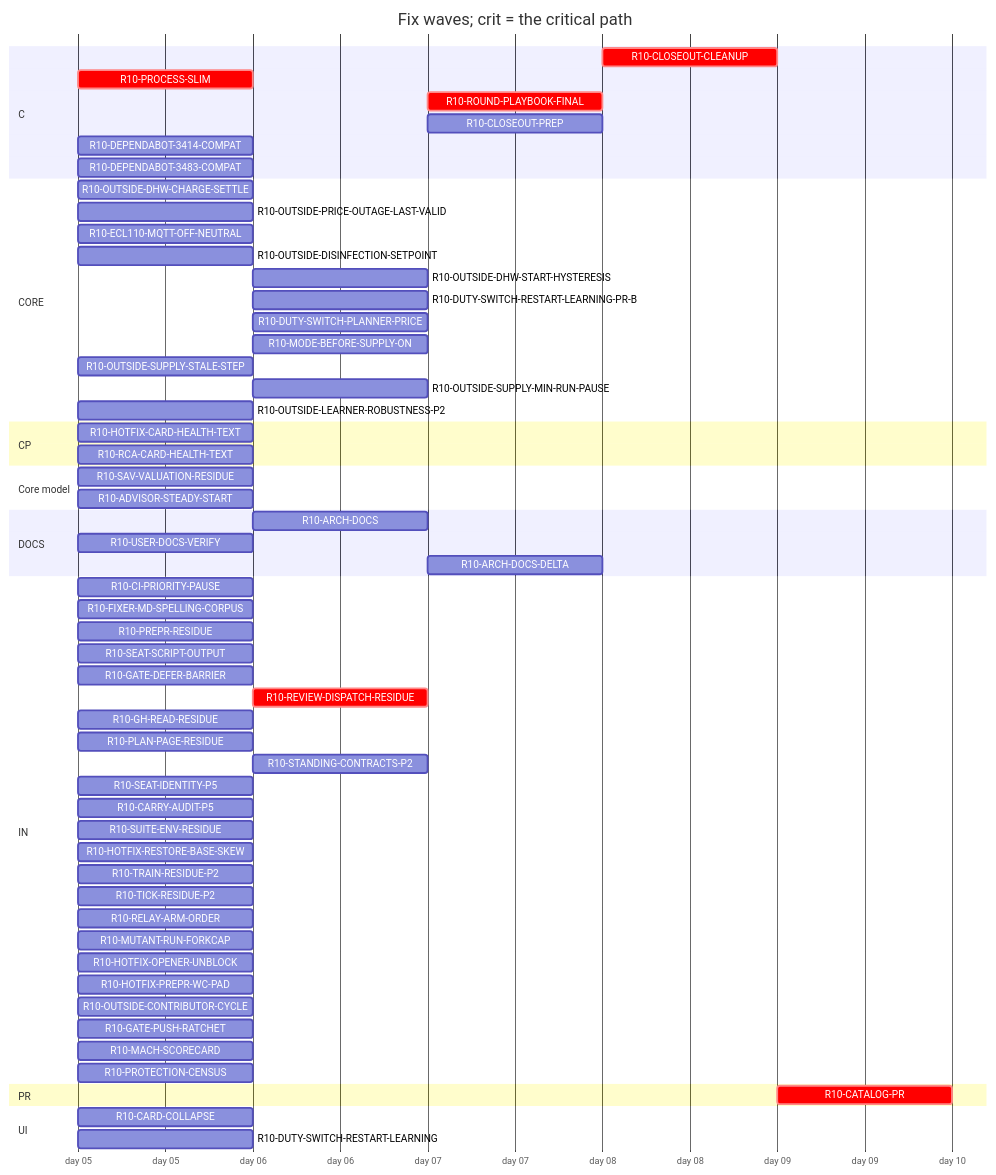
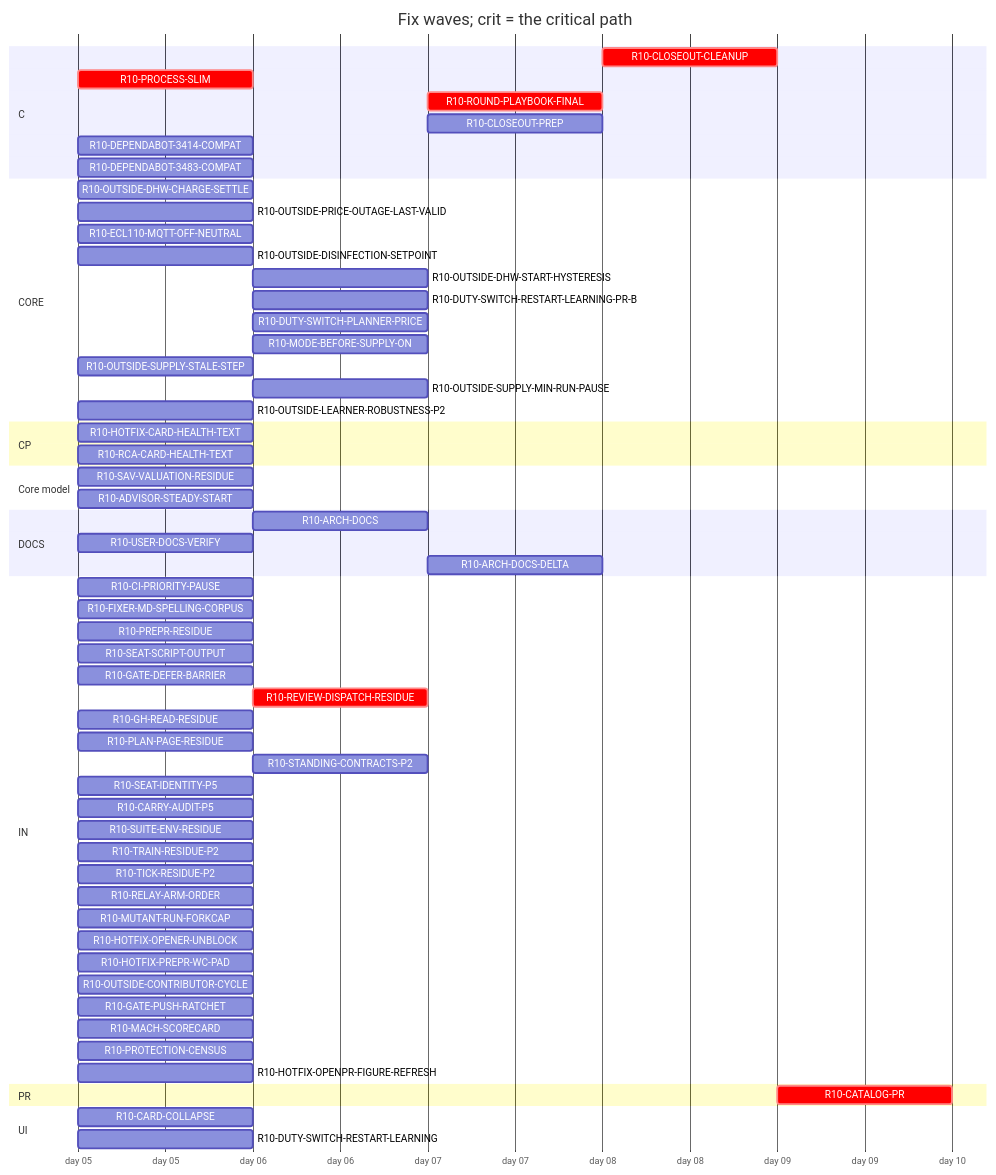
One commit to tvofi/heatpump_optimizer changed the diagram in handoff/round10/state/PLAN-TABLE.md. Above: the diagram before and after it, drawn with Mermaid. The commit also changed other lines of this file and 4 other files, not shown here.

Commit message:
state: FLOW-BOARD.md, NEXT-SESSION-PROMPT.md, PLAN-TABLE.md, PLAN.html, RESUME-CURRENT.md regenerated (state_docs.py)

````diff
--- a/handoff/round10/state/PLAN-TABLE.md
+++ b/handoff/round10/state/PLAN-TABLE.md
@@ -21,64 +21,64 @@
 ```mermaid
 gantt
   title Fix waves; crit = the critical path
   dateFormat YYYY-MM-DD
   axisFormat day %d
   section C
     R10-CLOSEOUT-CLEANUP :crit, r10CLOSEOUTCLEANUP, after r10ARCHDOCS r10USERDOCSVERIFY r10ROUNDPLAYBOOKFINAL r10CLOSEOUTPREP r10ARCHDOCSDELTA, 1d
     R10-PROCESS-SLIM :crit, r10PROCESSSLIM, 2026-01-05, 1d
     R10-ROUND-PLAYBOOK-FINAL :crit, r10ROUNDPLAYBOOKFINAL, after r10PROCESSSLIM r10FIXERMDSPELLINGCORPUS r10PREPRRESIDUE r10SEATSCRIPTOUTPUT r10REVIEWDISPATCHRESIDUE r10CARRYAUDITP5 r10SEATIDENTITYP5 r10STANDINGCONTRACTSP2 r10PLANPAGERESIDUE r10GHREADRESIDUE r10SUITEENVRESIDUE r10GATEDEFERBARRIER, 1d
     R10-CLOSEOUT-PREP :r10CLOSEOUTPREP, after r10ARCHDOCS r10PROCESSSLIM r10FIXERMDSPELLINGCORPUS r10PREPRRESIDUE r10SEATSCRIPTOUTPUT r10REVIEWDISPATCHRESIDUE r10CARRYAUDITP5 r10SEATIDENTITYP5 r10STANDINGCONTRACTSP2 r10PLANPAGERESIDUE r10GHREADRESIDUE r10SUITEENVRESIDUE r10GATEDEFERBARRIER, 1d
     R10-DEPENDABOT-3414-COMPAT :r10DEPENDABOT3414COMPAT, 2026-01-05, 1d
     R10-DEPENDABOT-3483-COMPAT :r10DEPENDABOT3483COMPAT, 2026-01-05, 1d
   section CORE
     R10-OUTSIDE-DHW-CHARGE-SETTLE :r10OUTSIDEDHWCHARGESETTLE, 2026-01-05, 1d
     R10-OUTSIDE-PRICE-OUTAGE-LAST-VALID :r10OUTSIDEPRICEOUTAGELASTVALID, 2026-01-05, 1d
     R10-ECL110-MQTT-OFF-NEUTRAL :r10ECL110MQTTOFFNEUTRAL, 2026-01-05, 1d
     R10-OUTSIDE-DISINFECTION-SETPOINT :r10OUTSIDEDISINFECTIONSETPOINT, 2026-01-05, 1d
     R10-OUTSIDE-DHW-START-HYSTERESIS :r10OUTSIDEDHWSTARTHYSTERESIS, after r10OUTSIDEDISINFECTIONSETPOINT, 1d
     R10-DUTY-SWITCH-RESTART-LEARNING-PR-B :r10DUTYSWITCHRESTARTLEARNINGPRB, after r10DUTYSWITCHRESTARTLEARNING, 1d
     R10-DUTY-SWITCH-PLANNER-PRICE :r10DUTYSWITCHPLANNERPRICE, after r10DUTYSWITCHRESTARTLEARNING, 1d
     R10-MODE-BEFORE-SUPPLY-ON :r10MODEBEFORESUPPLYON, after r10DUTYSWITCHRESTARTLEARNING, 1d
     R10-OUTSIDE-SUPPLY-STALE-STEP :r10OUTSIDESUPPLYSTALESTEP, 2026-01-05, 1d
     R10-OUTSIDE-SUPPLY-MIN-RUN-PAUSE :r10OUTSIDESUPPLYMINRUNPAUSE, after r10OUTSIDESUPPLYSTALESTEP, 1d
     R10-OUTSIDE-LEARNER-ROBUSTNESS-P2 :r10OUTSIDELEARNERROBUSTNESSP2, 2026-01-05, 1d
   section CP
     R10-HOTFIX-CARD-HEALTH-TEXT :r10HOTFIXCARDHEALTHTEXT, 2026-01-05, 1d
     R10-RCA-CARD-HEALTH-TEXT :r10RCACARDHEALTHTEXT, 2026-01-05, 1d
   section Core model
     R10-SAV-VALUATION-RESIDUE :r10SAVVALUATIONRESIDUE, 2026-01-05, 1d
     R10-ADVISOR-STEADY-START :r10ADVISORSTEADYSTART, 2026-01-05, 1d
   section DOCS
     R10-ARCH-DOCS :r10ARCHDOCS, after r10PROCESSSLIM, 1d
     R10-USER-DOCS-VERIFY :r10USERDOCSVERIFY, 2026-01-05, 1d
     R10-ARCH-DOCS-DELTA :r10ARCHDOCSDELTA, after r10ARCHDOCS r10SAVVALUATIONRESIDUE r10ADVISORSTEADYSTART, 1d
   section IN
     R10-CI-PRIORITY-PAUSE :r10CIPRIORITYPAUSE, 2026-01-05, 1d
     R10-FIXER-MD-SPELLING-CORPUS :r10FIXERMDSPELLINGCORPUS, 2026-01-05, 1d
     R10-PREPR-RESIDUE :r10PREPRRESIDUE, 2026-01-05, 1d
     R10-SEAT-SCRIPT-OUTPUT :r10SEATSCRIPTOUTPUT, 2026-01-05, 1d
     R10-GATE-DEFER-BARRIER :r10GATEDEFERBARRIER, 2026-01-05, 1d
     R10-REVIEW-DISPATCH-RESIDUE :crit, r10REVIEWDISPATCHRESIDUE, after r10PROCESSSLIM, 1d
     R10-GH-READ-RESIDUE :r10GHREADRESIDUE, 2026-01-05, 1d
     R10-PLAN-PAGE-RESIDUE :r10PLANPAGERESIDUE, 2026-01-05, 1d
     R10-STANDING-CONTRACTS-P2 :r10STANDINGCONTRACTSP2, after r10FIXERMDSPELLINGCORPUS, 1d
     R10-SEAT-IDENTITY-P5 :r10SEATIDENTITYP5, 2026-01-05, 1d
     R10-CARRY-AUDIT-P5 :r10CARRYAUDITP5, 2026-01-05, 1d
     R10-SUITE-ENV-RESIDUE :r10SUITEENVRESIDUE, 2026-01-05, 1d
-    R10-HOTFIX-RESTORE-BASE-SKEW :r10HOTFIXRESTOREBASESKEW, 2026-01-05, 1d
     R10-TRAIN-RESIDUE-P2 :r10TRAINRESIDUEP2, 2026-01-05, 1d
     R10-TICK-RESIDUE-P2 :r10TICKRESIDUEP2, 2026-01-05, 1d
     R10-RELAY-ARM-ORDER :r10RELAYARMORDER, 2026-01-05, 1d
     R10-MUTANT-RUN-FORKCAP :r10MUTANTRUNFORKCAP, 2026-01-05, 1d
     R10-HOTFIX-OPENER-UNBLOCK :r10HOTFIXOPENERUNBLOCK, 2026-01-05, 1d
     R10-HOTFIX-PREPR-WC-PAD :r10HOTFIXPREPRWCPAD, 2026-01-05, 1d
     R10-OUTSIDE-CONTRIBUTOR-CYCLE :r10OUTSIDECONTRIBUTORCYCLE, 2026-01-05, 1d
     R10-GATE-PUSH-RATCHET :r10GATEPUSHRATCHET, 2026-01-05, 1d
     R10-MACH-SCORECARD :r10MACHSCORECARD, 2026-01-05, 1d
     R10-PROTECTION-CENSUS :r10PROTECTIONCENSUS, 2026-01-05, 1d
+    R10-HOTFIX-OPENPR-FIGURE-REFRESH :r10HOTFIXOPENPRFIGUREREFRESH, 2026-01-05, 1d
   section PR
     R10-CATALOG-PR :crit, r10CATALOGPR, after r10USERDOCSVERIFY r10ARCHDOCS r10ROUNDPLAYBOOKFINAL r10CLOSEOUTCLEANUP r10CLOSEOUTPREP r10ARCHDOCSDELTA, 1d
   section UI
     R10-CARD-COLLAPSE :r10CARDCOLLAPSE, 2026-01-05, 1d
     R10-DUTY-SWITCH-RESTART-LEARNING :r10DUTYSWITCHRESTARTLEARNING, 2026-01-05, 1d
 ```
````
